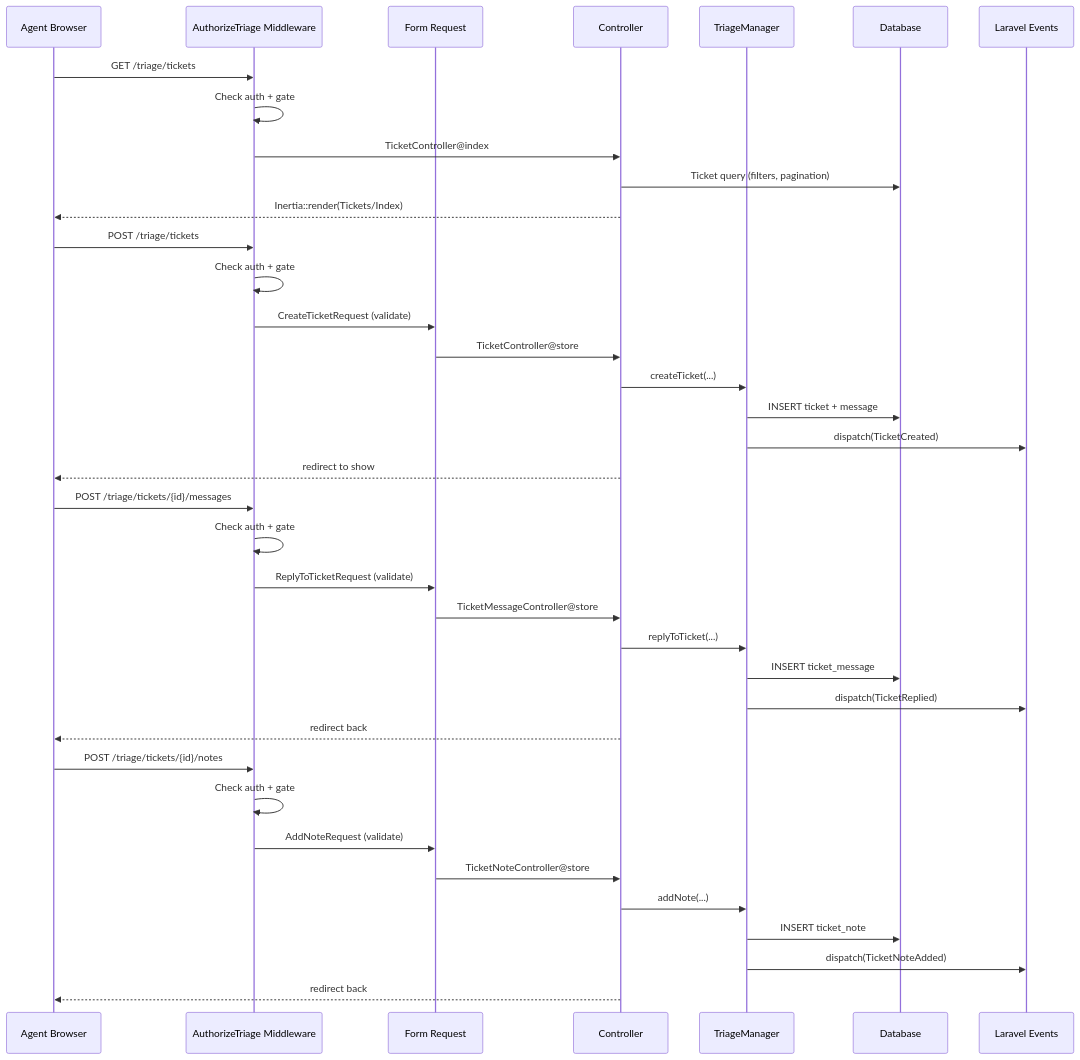
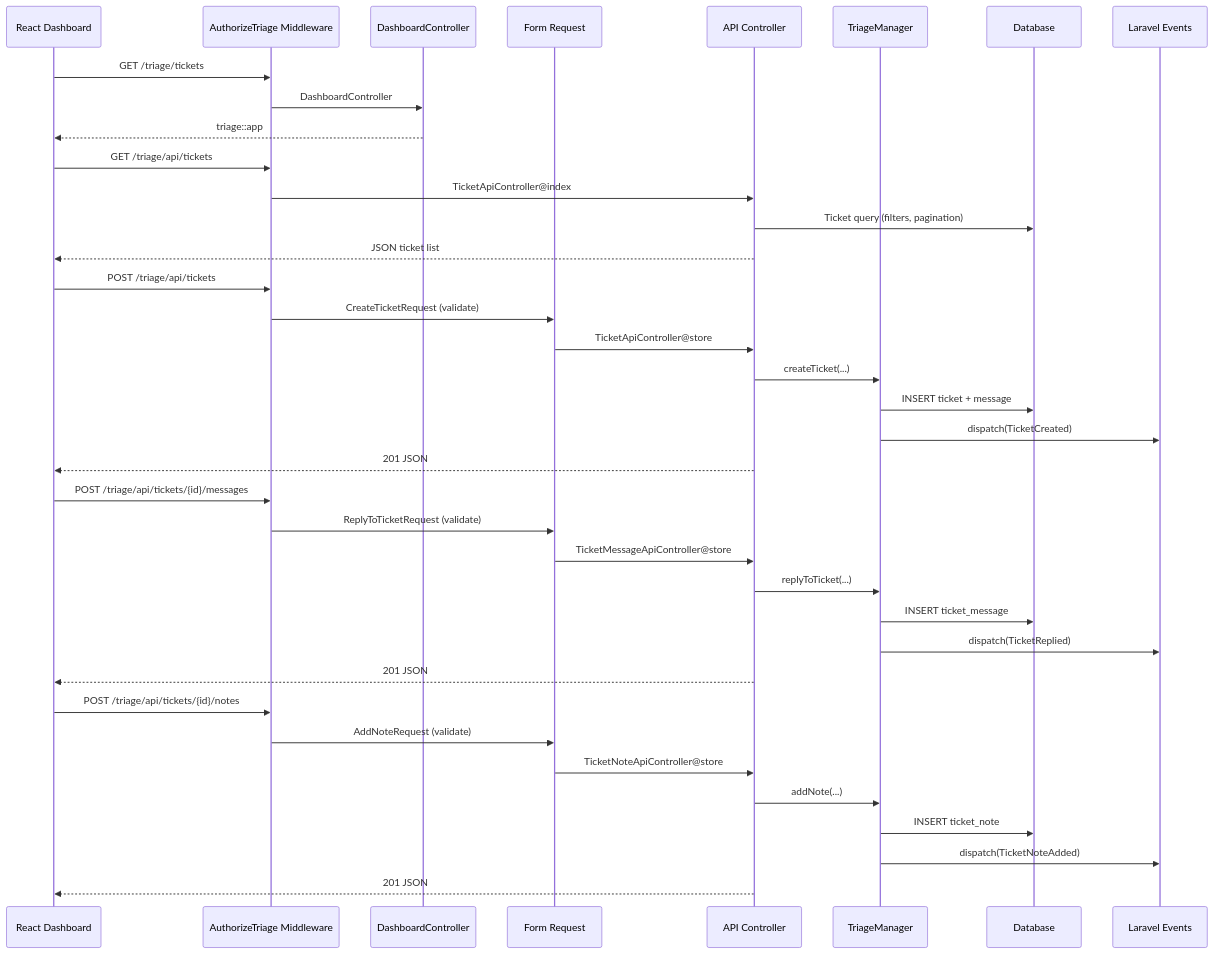
The diagram in specs/Plan_v1___Phase_5__HTTP_Layer.md (tyrailleverett/triage), drawn with Mermaid before and after one commit. The commit also changed other lines of this file and 4 other files, not shown here.

First line of the commit message:
docs(specs): refine phase plans and dashboard architecture documentation

````diff
--- a/specs/Plan_v1___Phase_5__HTTP_Layer.md
+++ b/specs/Plan_v1___Phase_5__HTTP_Layer.md
@@ -335,43 +367,44 @@
 ```mermaid
 sequenceDiagram
-    participant Browser as Agent Browser
+    participant Browser as React Dashboard
     participant MW as AuthorizeTriage Middleware
+    participant Shell as DashboardController
     participant FR as Form Request
-    participant Ctrl as Controller
+    participant Ctrl as API Controller
     participant SDK as TriageManager
     participant DB as Database
     participant Events as Laravel Events
 
     Browser->>MW: GET /triage/tickets
-    MW->>MW: Check auth + gate
-    MW->>Ctrl: TicketController@index
+    MW->>Shell: DashboardController
+    Shell-->>Browser: triage::app
+
+    Browser->>MW: GET /triage/api/tickets
+    MW->>Ctrl: TicketApiController@index
     Ctrl->>DB: Ticket query (filters, pagination)
-    Ctrl-->>Browser: Inertia::render(Tickets/Index)
+    Ctrl-->>Browser: JSON ticket list
 
-    Browser->>MW: POST /triage/tickets
-    MW->>MW: Check auth + gate
+    Browser->>MW: POST /triage/api/tickets
     MW->>FR: CreateTicketRequest (validate)
-    FR->>Ctrl: TicketController@store
+    FR->>Ctrl: TicketApiController@store
     Ctrl->>SDK: createTicket(...)
     SDK->>DB: INSERT ticket + message
     SDK->>Events: dispatch(TicketCreated)
-    Ctrl-->>Browser: redirect to show
+    Ctrl-->>Browser: 201 JSON
 
-    Browser->>MW: POST /triage/tickets/{id}/messages
-    MW->>MW: Check auth + gate
+    Browser->>MW: POST /triage/api/tickets/{id}/messages
     MW->>FR: ReplyToTicketRequest (validate)
-    FR->>Ctrl: TicketMessageController@store
+    FR->>Ctrl: TicketMessageApiController@store
     Ctrl->>SDK: replyToTicket(...)
     SDK->>DB: INSERT ticket_message
     SDK->>Events: dispatch(TicketReplied)
-    Ctrl-->>Browser: redirect back
+    Ctrl-->>Browser: 201 JSON
 
-    Browser->>MW: POST /triage/tickets/{id}/notes
-    MW->>MW: Check auth + gate
+    Browser->>MW: POST /triage/api/tickets/{id}/notes
     MW->>FR: AddNoteRequest (validate)
-    FR->>Ctrl: TicketNoteController@store
+    FR->>Ctrl: TicketNoteApiController@store
     Ctrl->>SDK: addNote(...)
     SDK->>DB: INSERT ticket_note
     SDK->>Events: dispatch(TicketNoteAdded)
-    Ctrl-->>Browser: redirect back
+    Ctrl-->>Browser: 201 JSON
 ```
````
